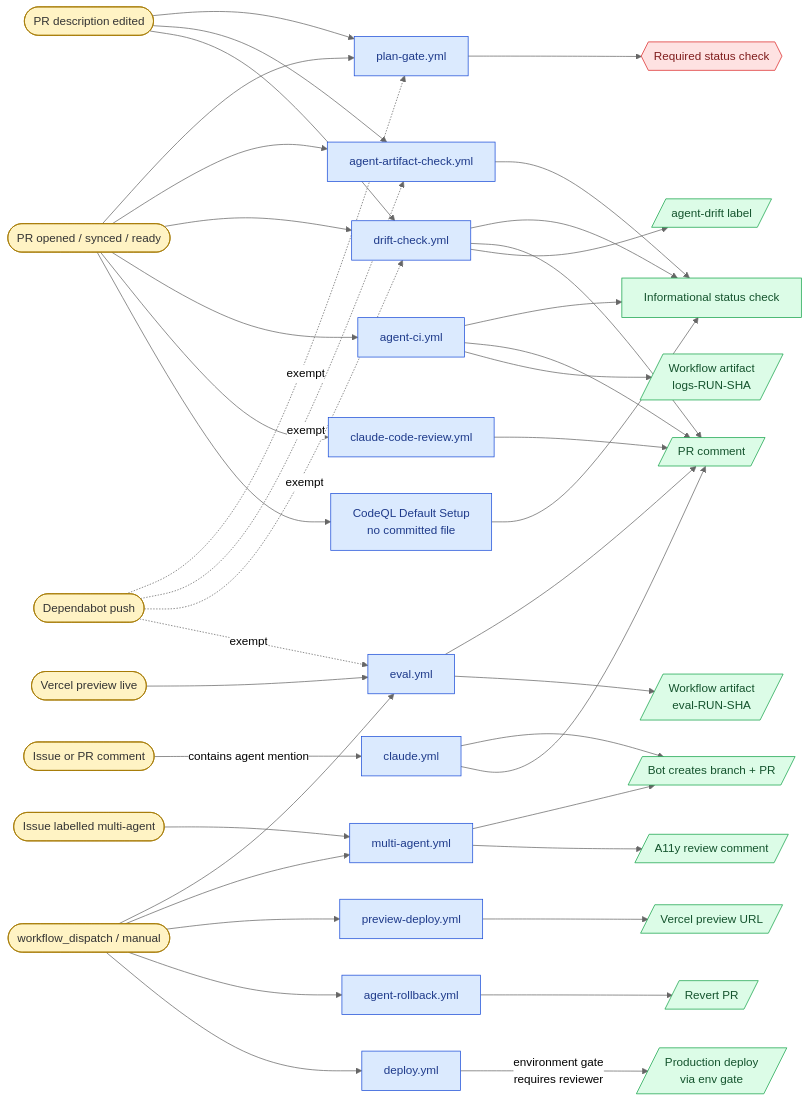
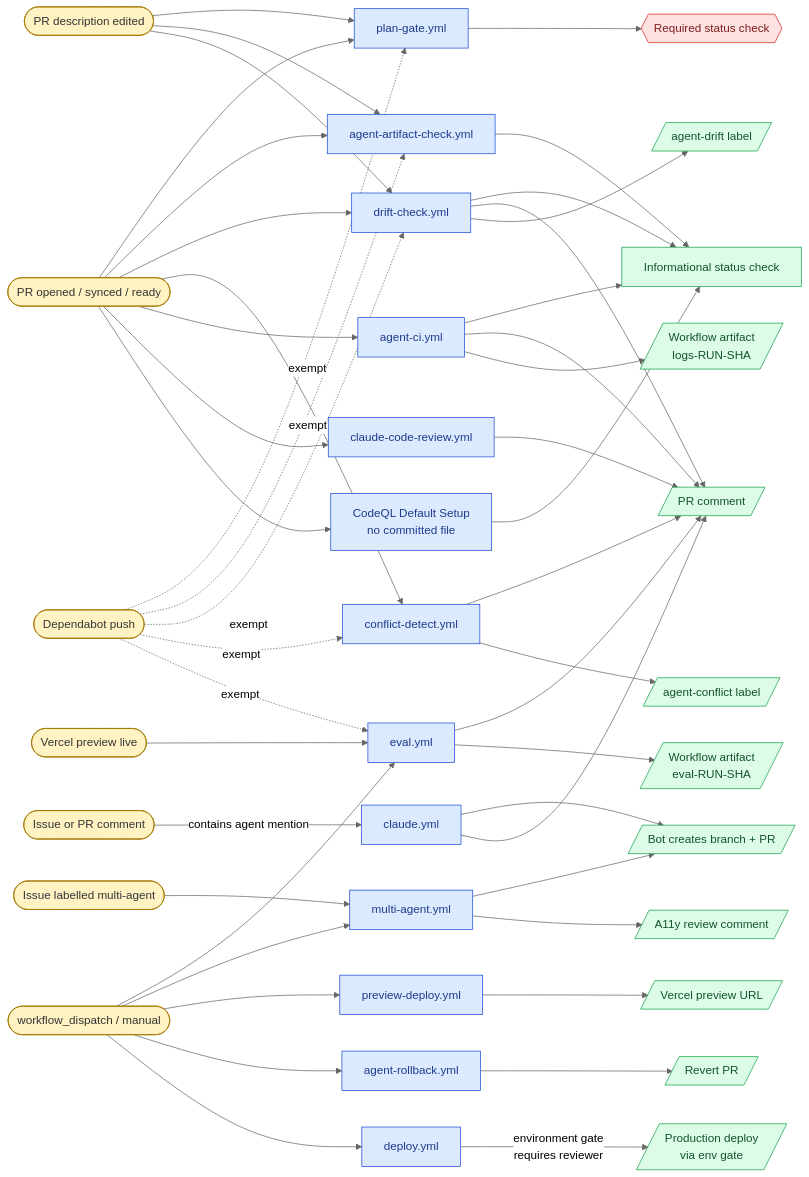
The first of 3 diagrams in docs/WORKFLOWS.md (lpt-labs/london-premium-transfers), drawn with Mermaid (neutral theme) before and after one commit. The commit also changed other lines of this file, not shown here.

Commit message:
docs(workflows): document conflict-detect workflow
Same-PR invariant — adding a workflow requires updating the visual
reference and per-workflow table in the same PR. Drops conflict-detect
into:

- Flowchart: new CONFLICT workflow node, LABEL_CONFLICT output, edges
  from PR_OPEN and a Dependabot-exempt dotted line.
- Sequence diagram: Conflict participant in the par-block alongside
  Gate / Artifact / Drift / CI / Review / CodeQL / Vercel.
- Per-workflow table: row right after drift-check.yml.
- Plan-gate exemption section: paragraph explaining why Dependabot
  is skipped here too (overlap on lockfiles is the rule, not the
  exception) and noting the inline sanitisation of PR-author content
  before it's placed into the Markdown summary table.

````diff
--- a/docs/WORKFLOWS.md
+++ b/docs/WORKFLOWS.md
@@ -21,6 +21,7 @@
     PLAN_GATE[plan-gate.yml]
     ARTIFACT_CHECK[agent-artifact-check.yml]
     DRIFT[drift-check.yml]
+    CONFLICT[conflict-detect.yml]
     EVAL[eval.yml]
     AGENT_CI[agent-ci.yml]
     CLAUDE[claude.yml]
@@ -36,6 +37,7 @@
     INFO_CHECK[Informational status check]
     PR_COMMENT[/PR comment/]
     LABEL_DRIFT[/agent-drift label/]
+    LABEL_CONFLICT[/agent-conflict label/]
     ARTIFACT[/Workflow artifact<br/>logs-RUN-SHA/]
     ARTIFACT_EVAL[/Workflow artifact<br/>eval-RUN-SHA/]
     BOT_PR[/Bot creates branch + PR/]
@@ -59,6 +61,11 @@
     DRIFT --> INFO_CHECK
     DRIFT --> PR_COMMENT
     DRIFT --> LABEL_DRIFT
+
+    PR_OPEN --> CONFLICT
+    DEPENDABOT -.exempt.-> CONFLICT
+    CONFLICT --> PR_COMMENT
+    CONFLICT --> LABEL_CONFLICT
 
     VERCEL_DEPLOY_SUCCESS --> EVAL
     DISPATCH --> EVAL
@@ -94,7 +101,7 @@
     classDef gate fill:#fee2e2,stroke:#dc2626,color:#7f1d1d
 
     class PR_OPEN,PR_BODY_EDIT,COMMENT,DISPATCH,DEPENDABOT,VERCEL_DEPLOY_SUCCESS,LABEL_MULTI_AGENT trigger
-    class PLAN_GATE,ARTIFACT_CHECK,DRIFT,EVAL,AGENT_CI,CLAUDE,MULTI_AGENT,CLAUDE_REVIEW,PREVIEW,ROLLBACK,DEPLOY,CODEQL workflow
-    class PR_COMMENT,LABEL_DRIFT,ARTIFACT,ARTIFACT_EVAL,BOT_PR,PR_REVIEW_COMMENT,VERCEL_PREVIEW,PROD_DEPLOY,REVERT_PR,INFO_CHECK output
+    class PLAN_GATE,ARTIFACT_CHECK,DRIFT,CONFLICT,EVAL,AGENT_CI,CLAUDE,MULTI_AGENT,CLAUDE_REVIEW,PREVIEW,ROLLBACK,DEPLOY,CODEQL workflow
+    class PR_COMMENT,LABEL_DRIFT,LABEL_CONFLICT,ARTIFACT,ARTIFACT_EVAL,BOT_PR,PR_REVIEW_COMMENT,VERCEL_PREVIEW,PROD_DEPLOY,REVERT_PR,INFO_CHECK output
     class REQUIRED_CHECK gate
 ```
````
